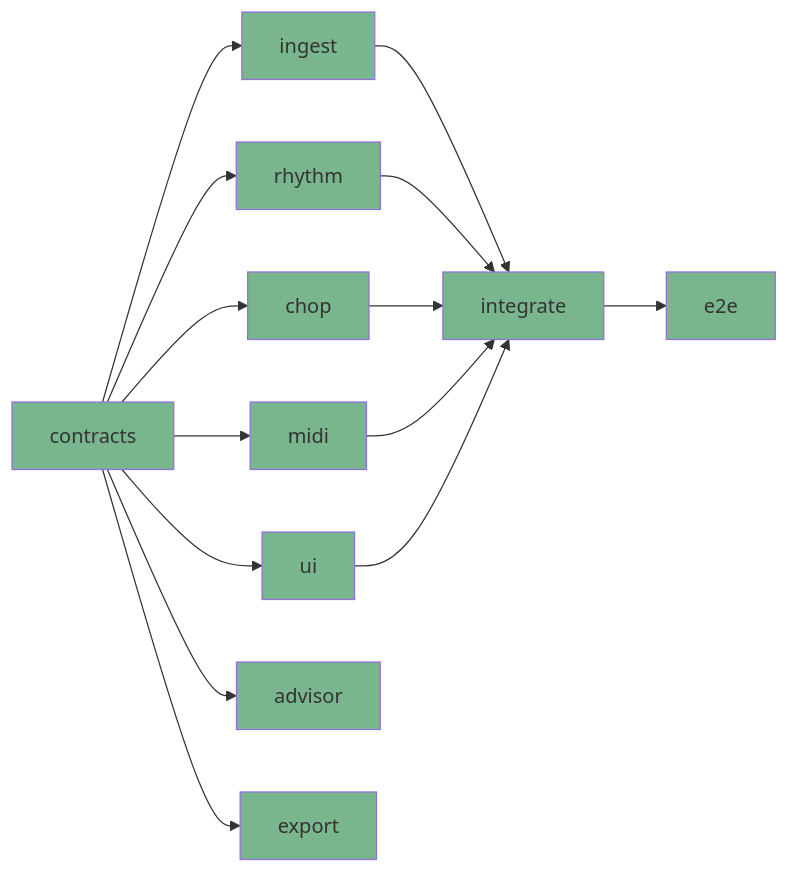
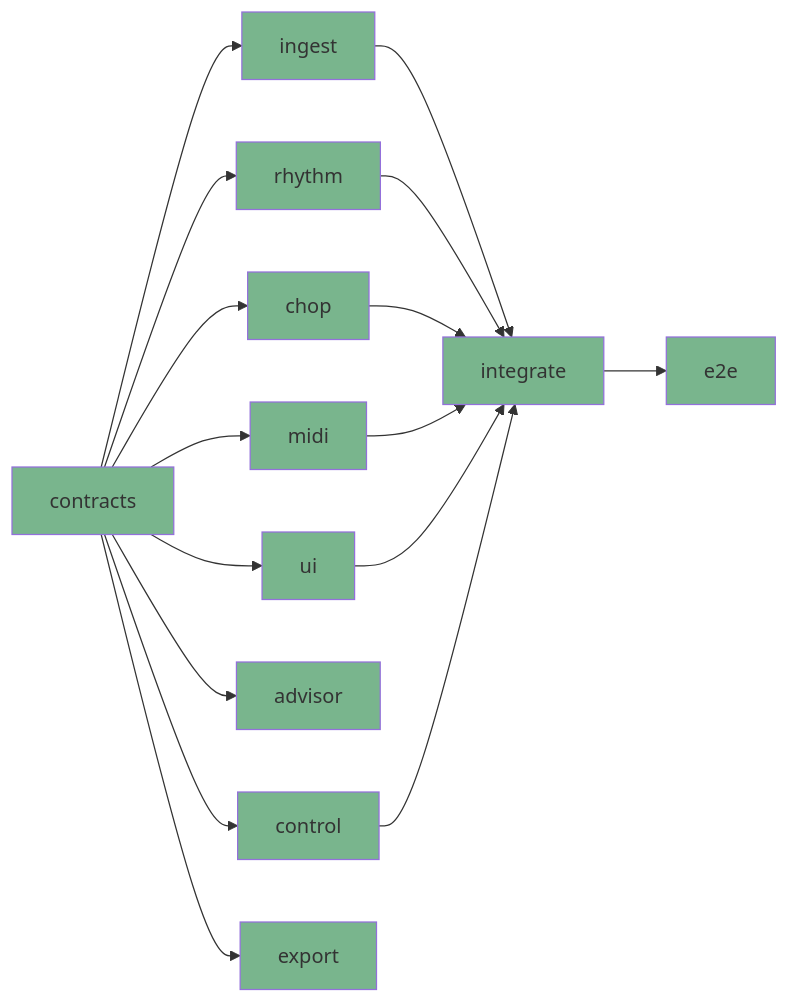
The diagram in docs/STATUS.md (kyl-er/choppad), drawn with Mermaid before and after one commit. The commit also changed other lines of this file and 3 other files, not shown here.

First line of the commit message:
Contracts: record the agent-control interface as built; stop the smoke test rewriting a tracked screenshot

````diff
--- a/docs/STATUS.md
+++ b/docs/STATUS.md
@@ -18,26 +19,29 @@
 ```mermaid
 graph LR
   contracts --> ingest
   contracts --> rhythm
   contracts --> chop
   contracts --> midi
   contracts --> ui
   contracts --> advisor
+  contracts --> control
   contracts --> export
   ingest --> integrate
   rhythm --> integrate
   chop --> integrate
   midi --> integrate
   ui --> integrate
+  control --> integrate
   integrate --> e2e
   style contracts fill:#79b58d
   style ingest fill:#79b58d
   style rhythm fill:#79b58d
   style chop fill:#79b58d
   style midi fill:#79b58d
   style ui fill:#79b58d
   style advisor fill:#79b58d
+  style control fill:#79b58d
   style export fill:#79b58d
   style integrate fill:#79b58d
   style e2e fill:#79b58d
 ```
````
